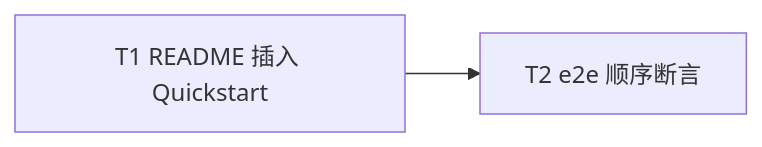
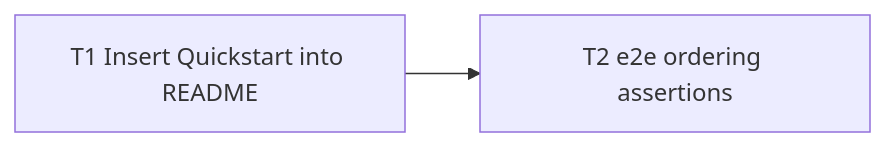
The diagram in docs/specs/0026-readme-quickstart-after-install.md (Curry09/OpenAgents), drawn with Mermaid before and after one commit. The commit also changed other lines of this file and 461 other files, not shown here.

````diff
--- a/docs/specs/0026-readme-quickstart-after-install.md
+++ b/docs/specs/0026-readme-quickstart-after-install.md
@@ -88,4 +88,4 @@
 ```mermaid
 graph LR
-  T1[T1 README 插入 Quickstart] --> T2[T2 e2e 顺序断言]
+  T1[T1 Insert Quickstart into README] --> T2[T2 e2e ordering assertions]
 ```
````
